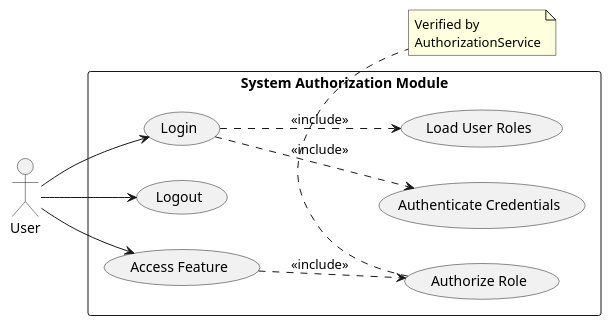
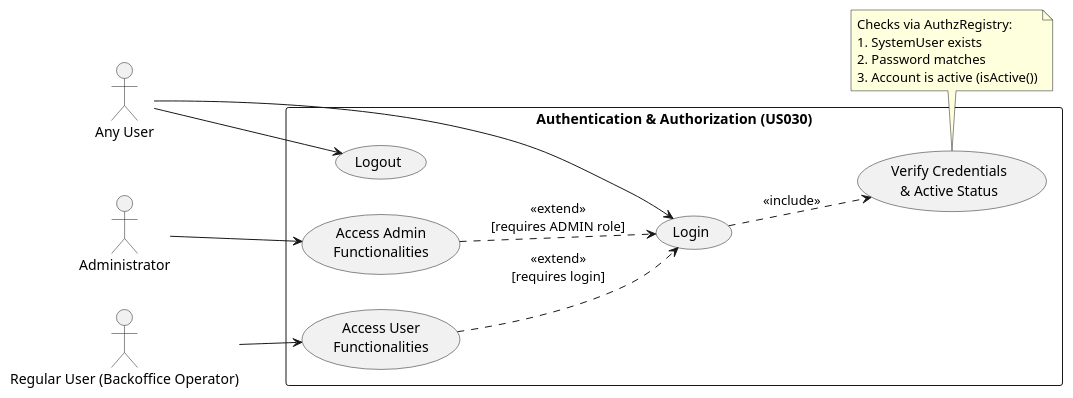
One commit to DuartePinto1240/sem4pi2526-sem4pi2526_2da2 changed the diagram in docs/Sprint 2/EAPLI/US030/puml/US030-user-case-diagram.puml. Above: the diagram before and after it, drawn with PlantUML. The commit also changed 16 other files, not shown here.

```diff
--- a/docs/Sprint 2/EAPLI/US030/puml/US030-user-case-diagram.puml
+++ b/docs/Sprint 2/EAPLI/US030/puml/US030-user-case-diagram.puml
@@ -1,27 +1,33 @@
 @startuml
 left to right direction
 
-actor "User" as U
+actor "Any User" as U
+actor "Administrator" as A
+actor "Regular User (Backoffice Operator)" as RU
 
-rectangle "System Authorization Module" {
+rectangle "Authentication & Authorization (US030)" {
   usecase "Login" as UC_Login
   usecase "Logout" as UC_Logout
-  usecase "Authenticate Credentials" as UC_Auth
-  usecase "Load User Roles" as UC_Roles
-  usecase "Access Feature" as UC_Feature
-  usecase "Authorize Role" as UC_Access
+  usecase "Verify Credentials\n& Active Status" as UC_Verify
+  usecase "Access Admin\nFunctionalities" as UC_Admin
+  usecase "Access User\nFunctionalities" as UC_User
 }
 
 U --> UC_Login
 U --> UC_Logout
-U --> UC_Feature
 
-UC_Login ..> UC_Auth : <<include>>
-UC_Login ..> UC_Roles : <<include>>
-UC_Feature ..> UC_Access : <<include>>
+A --> UC_Admin
+RU --> UC_User
 
-note bottom of UC_Access
-  Verified by
-  AuthorizationService
+UC_Login ..> UC_Verify : <<include>>
+UC_Admin ..> UC_Login : <<extend>>\n[requires ADMIN role]
+UC_User  ..> UC_Login : <<extend>>\n[requires login]
+
+note bottom of UC_Verify
+  Checks via AuthzRegistry:
+  1. SystemUser exists
+  2. Password matches
+  3. Account is active (isActive())
 end note
+
 @enduml
```
